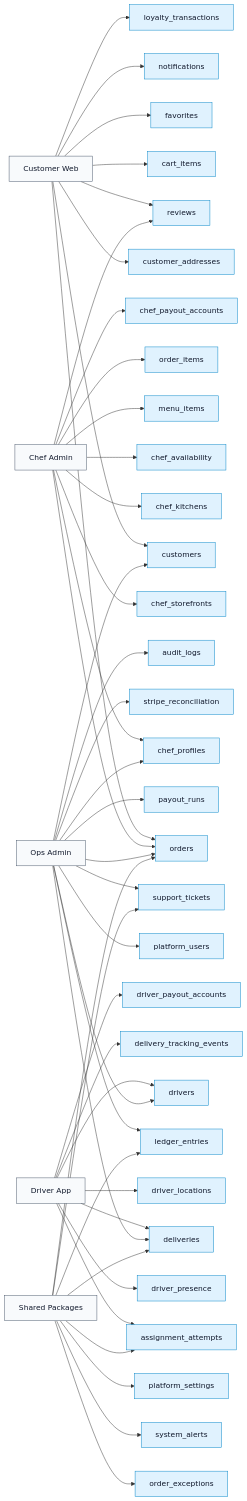
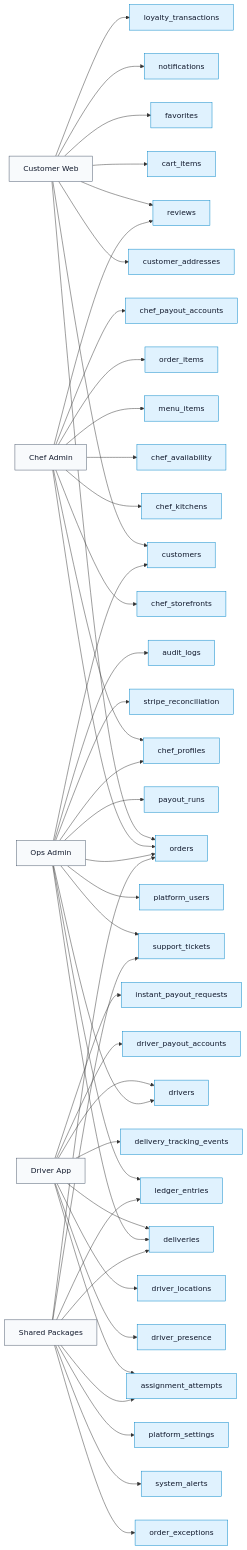
Before and after one commit to Ritenoob/ridendine-marketplace: the second of 11 diagrams in docs/architecture/supabase/SUPABASE_SQL_DIAGRAM.md, drawn with Mermaid. The commit also changed other lines of this file and 63 other files, not shown here.

```diff
--- a/docs/architecture/supabase/SUPABASE_SQL_DIAGRAM.md
+++ b/docs/architecture/supabase/SUPABASE_SQL_DIAGRAM.md
@@ -104,6 +104,8 @@
   DriverApp --> table_delivery_tracking_events
   table_driver_payout_accounts["driver_payout_accounts"]:::table
   DriverApp --> table_driver_payout_accounts
+  table_instant_payout_requests["instant_payout_requests"]:::table
+  DriverApp --> table_instant_payout_requests
   OpsAdmin["Ops Admin"]:::surface
   table_platform_users["platform_users"]:::table
   OpsAdmin --> table_platform_users
```
